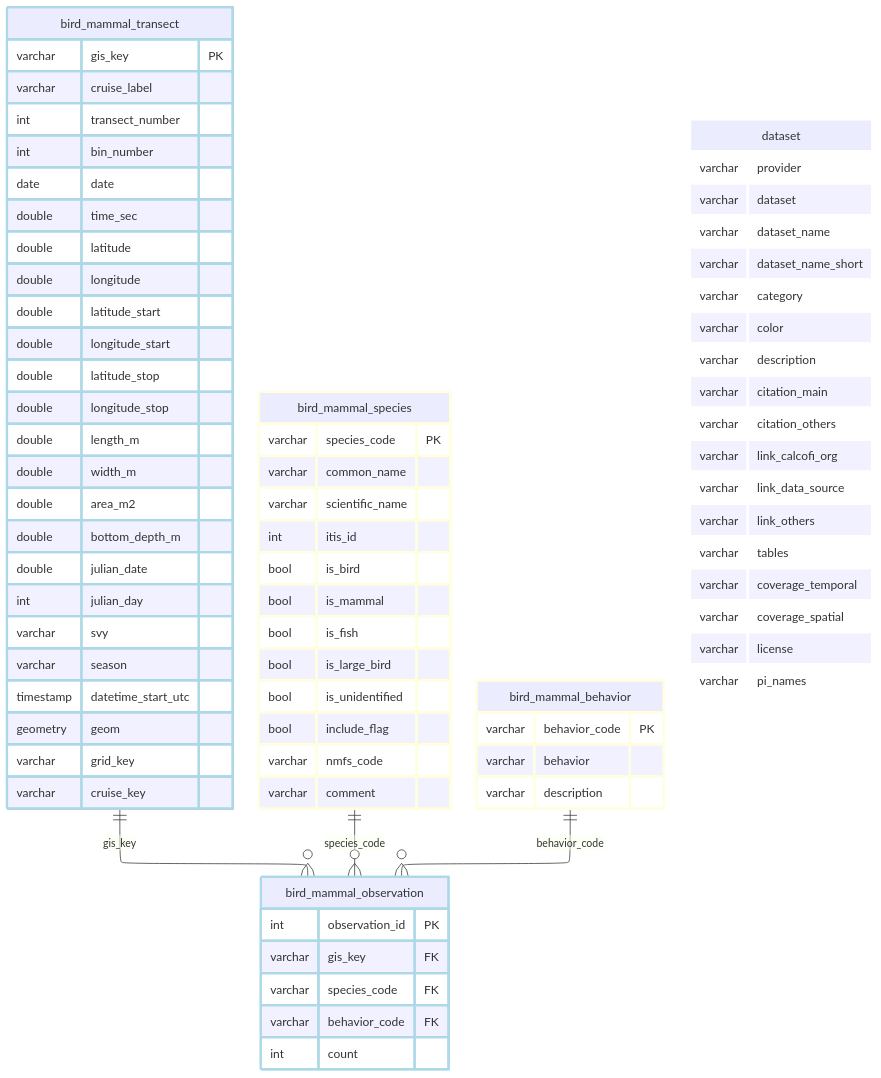
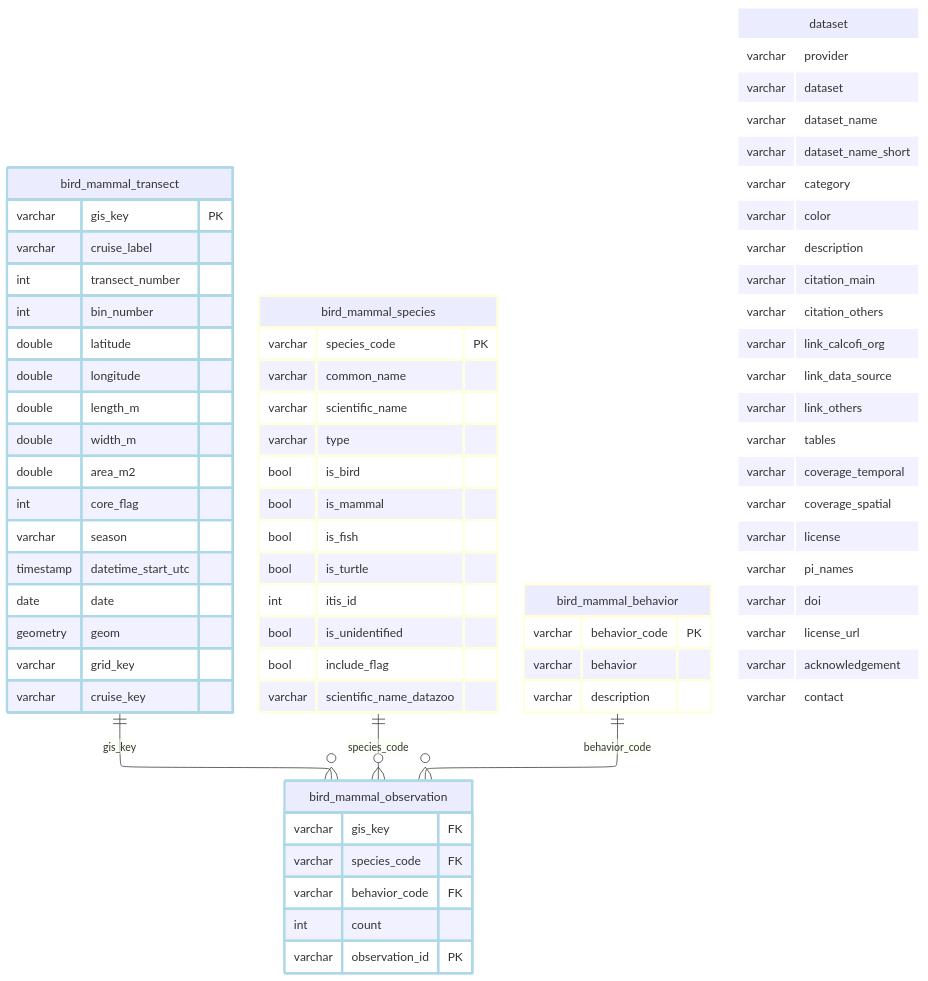
One commit to CalCOFI/workflows changed the diagram in _output/ingest_farallon_bird-mammal_files/figure-html/meta-schema-1.mmd. Above: the diagram before and after it, drawn with Mermaid. The commit also changed 68 other files, not shown here.

```diff
--- a/_output/ingest_farallon_bird-mammal_files/figure-html/meta-schema-1.mmd
+++ b/_output/ingest_farallon_bird-mammal_files/figure-html/meta-schema-1.mmd
@@ -1,85 +1,81 @@
 ---
 config:
   layout: elk
 ---
 erDiagram
     bird_mammal_transect {
         varchar gis_key PK
         varchar cruise_label
         int transect_number
         int bin_number
-        date date
-        double time_sec
         double latitude
         double longitude
-        double latitude_start
-        double longitude_start
-        double latitude_stop
-        double longitude_stop
         double length_m
         double width_m
         double area_m2
-        double bottom_depth_m
-        double julian_date
-        int julian_day
-        varchar svy
+        int core_flag
         varchar season
         timestamp datetime_start_utc
+        date date
         geometry geom
         varchar grid_key
         varchar cruise_key
     }
     bird_mammal_observation {
-        int observation_id PK
         varchar gis_key FK
         varchar species_code FK
         varchar behavior_code FK
         int count
+        varchar observation_id PK
     }
     bird_mammal_species {
         varchar species_code PK
         varchar common_name
         varchar scientific_name
-        int itis_id
+        varchar type
         bool is_bird
         bool is_mammal
         bool is_fish
-        bool is_large_bird
+        bool is_turtle
+        int itis_id
         bool is_unidentified
         bool include_flag
-        varchar nmfs_code
-        varchar comment
+        varchar scientific_name_datazoo
     }
     bird_mammal_behavior {
         varchar behavior_code PK
         varchar behavior
         varchar description
     }
     dataset {
         varchar provider
         varchar dataset
         varchar dataset_name
         varchar dataset_name_short
         varchar category
         varchar color
         varchar description
         varchar citation_main
         varchar citation_others
         varchar link_calcofi_org
         varchar link_data_source
         varchar link_others
         varchar tables
         varchar coverage_temporal
         varchar coverage_spatial
         varchar license
         varchar pi_names
+        varchar doi
+        varchar license_url
+        varchar acknowledgement
+        varchar contact
     }
     bird_mammal_transect ||--o{ bird_mammal_observation : "gis_key"
     bird_mammal_species ||--o{ bird_mammal_observation : "species_code"
     bird_mammal_behavior ||--o{ bird_mammal_observation : "behavior_code"
     classDef lightblue stroke:#ADD8E6,stroke-width:3px
     class bird_mammal_transect,bird_mammal_observation lightblue
     classDef lightyellow stroke:#FFFFE0,stroke-width:3px
     class bird_mammal_species,bird_mammal_behavior lightyellow
     classDef white stroke:#FFFFFF,stroke-width:3px
     class dataset white
```
